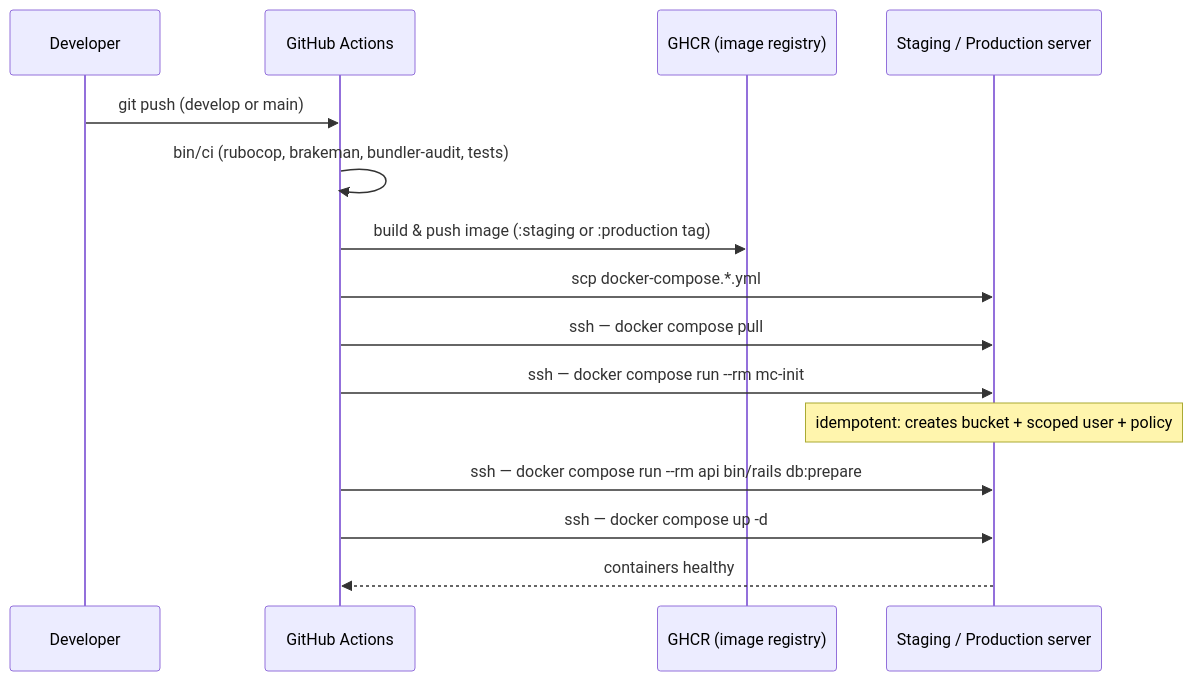
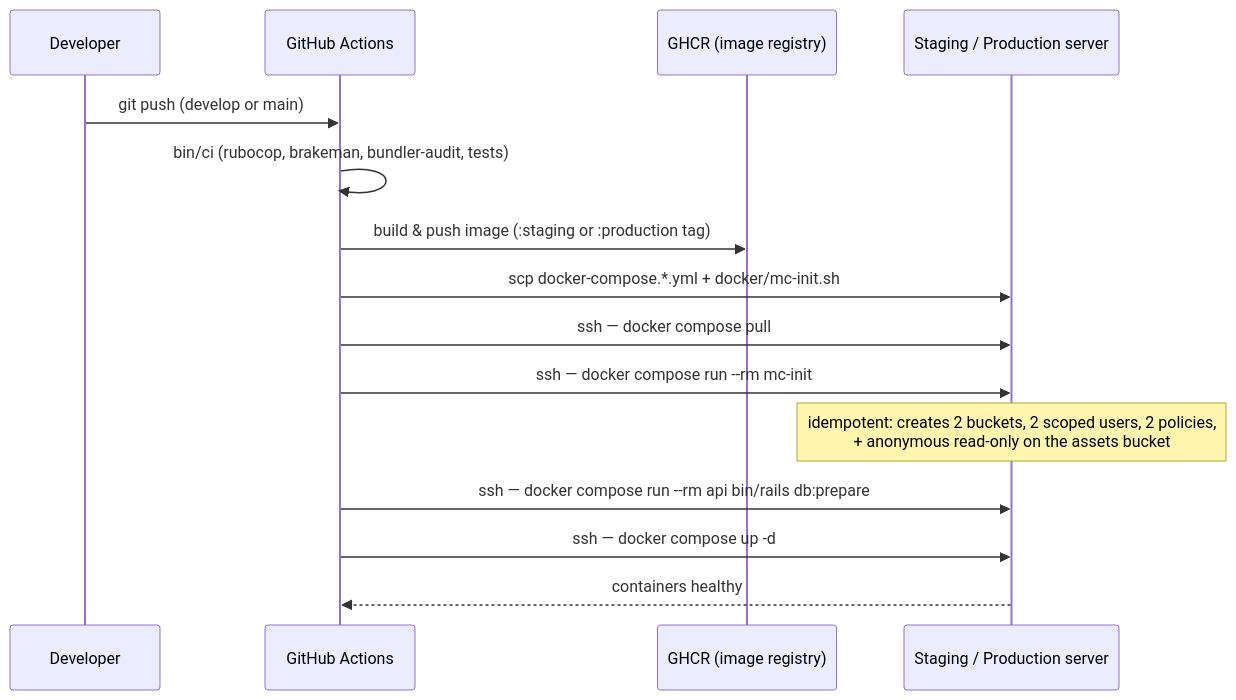
One commit to arya020595/st_dofi_backend changed the sixth of 6 diagrams in docs/MINIO.md. Above: the diagram before and after it, drawn with Mermaid. The commit also changed other lines of this file and 36 other files, not shown here.

````diff
--- a/docs/MINIO.md
+++ b/docs/MINIO.md
@@ -315,18 +430,18 @@
 ```mermaid
 sequenceDiagram
     participant Dev as Developer
     participant GH as GitHub Actions
     participant GHCR as GHCR (image registry)
     participant Server as Staging / Production server
 
     Dev->>GH: git push (develop or main)
     GH->>GH: bin/ci (rubocop, brakeman, bundler-audit, tests)
     GH->>GHCR: build & push image (:staging or :production tag)
-    GH->>Server: scp docker-compose.*.yml
+    GH->>Server: scp docker-compose.*.yml + docker/mc-init.sh
     GH->>Server: ssh — docker compose pull
     GH->>Server: ssh — docker compose run --rm mc-init
-    Note over Server: idempotent: creates bucket + scoped user + policy
+    Note over Server: idempotent: creates 2 buckets, 2 scoped users, 2 policies,<br/>+ anonymous read-only on the assets bucket
     GH->>Server: ssh — docker compose run --rm api bin/rails db:prepare
     GH->>Server: ssh — docker compose up -d
     Server-->>GH: containers healthy
 ```
````
